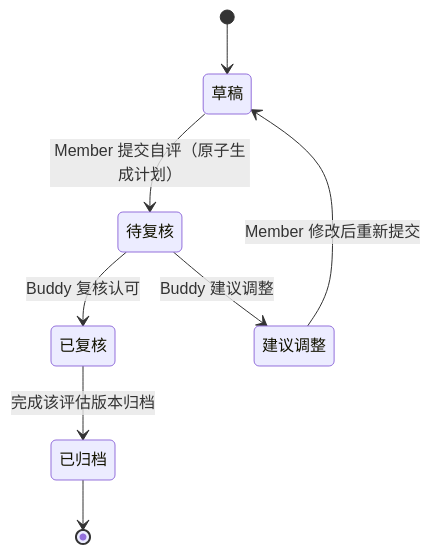
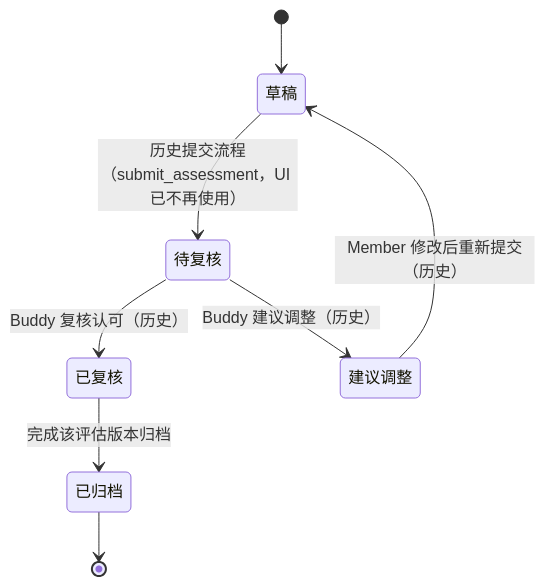
One commit to yinhui198456/team-capability-platform changed the sixth of 11 diagrams in docs/02_Design.md. Above: the diagram before and after it, drawn with Mermaid. The commit also changed other lines of this file and 15 other files, not shown here.

First line of the commit message:
fix: generate learning tasks for selected L3s instead of full-assessment submit (#178)

````diff
--- a/docs/02_Design.md
+++ b/docs/02_Design.md
@@ -272,10 +263,10 @@
 ```mermaid
 stateDiagram-v2
     [*] --> 草稿
-    草稿 --> 待复核 : Member 提交自评（原子生成计划）
-    待复核 --> 已复核 : Buddy 复核认可
-    待复核 --> 建议调整 : Buddy 建议调整
-    建议调整 --> 草稿 : Member 修改后重新提交
+    草稿 --> 待复核 : 历史提交流程（submit_assessment，UI 已不再使用）
+    待复核 --> 已复核 : Buddy 复核认可（历史）
+    待复核 --> 建议调整 : Buddy 建议调整（历史）
+    建议调整 --> 草稿 : Member 修改后重新提交（历史）
     已复核 --> 已归档 : 完成该评估版本归档
     已归档 --> [*]
 ```
````
